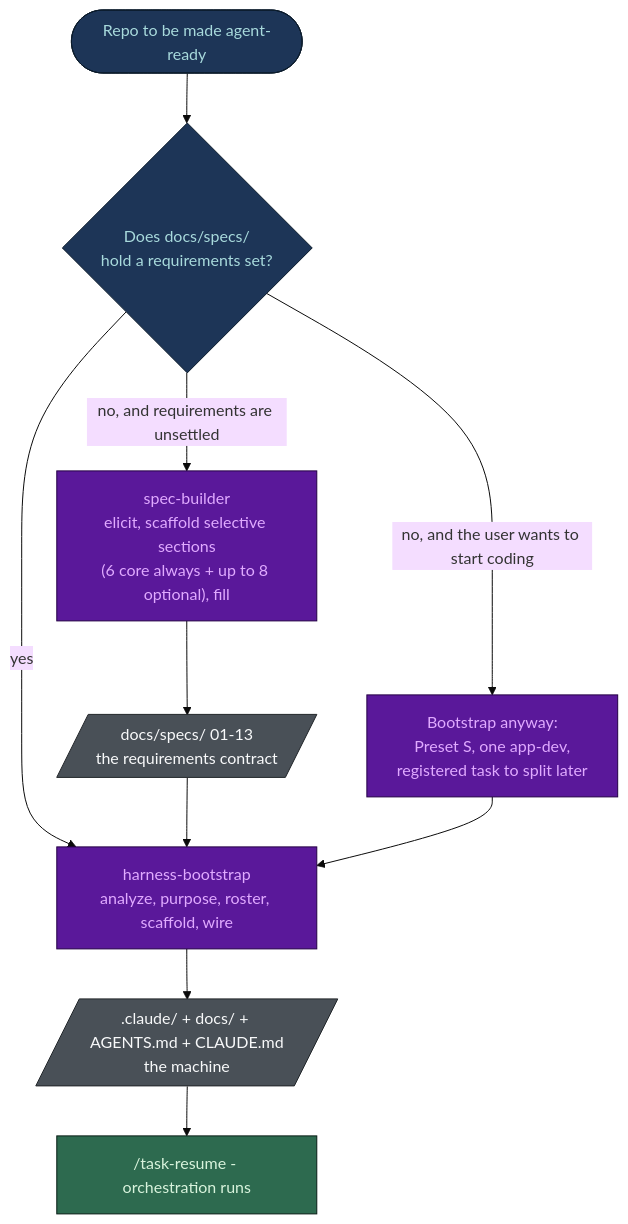
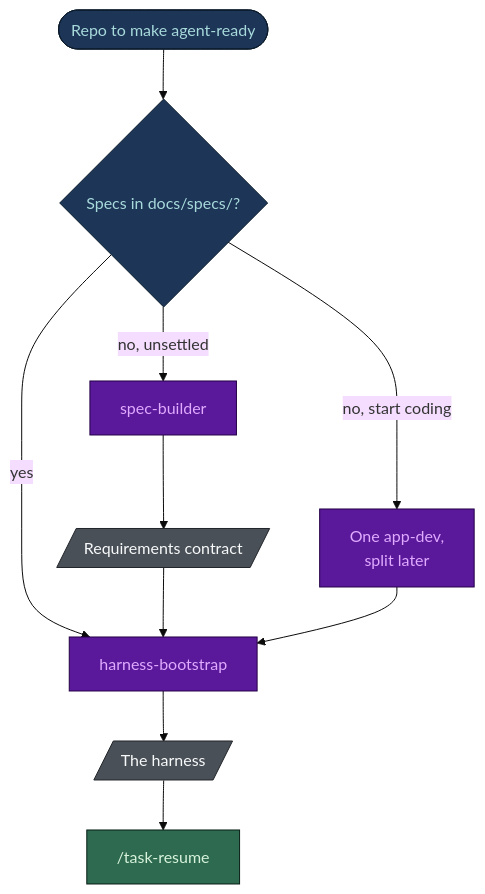
One commit to nguyenhx2/agent-harness-bootstrap changed the second of 16 diagrams in docs/FLOWS.md. Above: the diagram before and after it, drawn with Mermaid (base theme). The commit also changed other lines of this file and 364 other files, not shown here.

````diff
--- a/docs/FLOWS.md
+++ b/docs/FLOWS.md
@@ -58,34 +41,27 @@
 ```mermaid
 flowchart TD
-    START(["Repo to be made agent-ready"])
-    Q{"Does docs/specs/<br/>hold a requirements set?"}
-
-    SB["spec-builder<br/>elicit, scaffold selective sections<br/>(6 core always + up to 8 optional), fill"]
-    SPECS[/"docs/specs/ 01-13<br/>the requirements contract"/]
-
-    HB["harness-bootstrap<br/>analyze, purpose, roster, scaffold, wire"]
-    HARNESS[/".claude/ + docs/ + AGENTS.md + CLAUDE.md<br/>the machine"/]
-
-    NOSPEC["Bootstrap anyway:<br/>Preset S, one app-dev,<br/>registered task to split later"]
-    RUN["/task-resume - orchestration runs"]
+    START(["Repo to make agent-ready"])
+    Q{"Specs in docs/specs/?"}
+    SB["spec-builder"]
+    SPECS[/"Requirements contract"/]
+    NOSPEC["One app-dev,<br/>split later"]
+    HB["harness-bootstrap"]
+    HARNESS[/"The harness"/]
+    RUN["/task-resume"]
 
     START --> Q
     Q -->|"yes"| HB
-    Q -->|"no, and requirements are unsettled"| SB
-    Q -->|"no, and the user wants to start coding"| NOSPEC
-    SB --> SPECS
-    SPECS --> HB
-    NOSPEC --> HB
-    HB --> HARNESS
-    HARNESS --> RUN
+    Q -->|"no, unsettled"| SB --> SPECS --> HB
+    Q -->|"no, start coding"| NOSPEC --> HB
+    HB --> HARNESS --> RUN
 
     classDef det fill:#2D6A4F,stroke:#081C15,stroke-width:1px,color:#D8F3DC
     classDef mod fill:#5A189A,stroke:#240046,stroke-width:1px,color:#E0AAFF
     classDef hum fill:#1D3557,stroke:#0B1B2B,stroke-width:1px,color:#A8DADC
     classDef art fill:#495057,stroke:#212529,stroke-width:1px,color:#F8F9FA
 
     class SB,HB,NOSPEC mod
     class START,Q hum
     class SPECS,HARNESS art
     class RUN det
 ```
````
